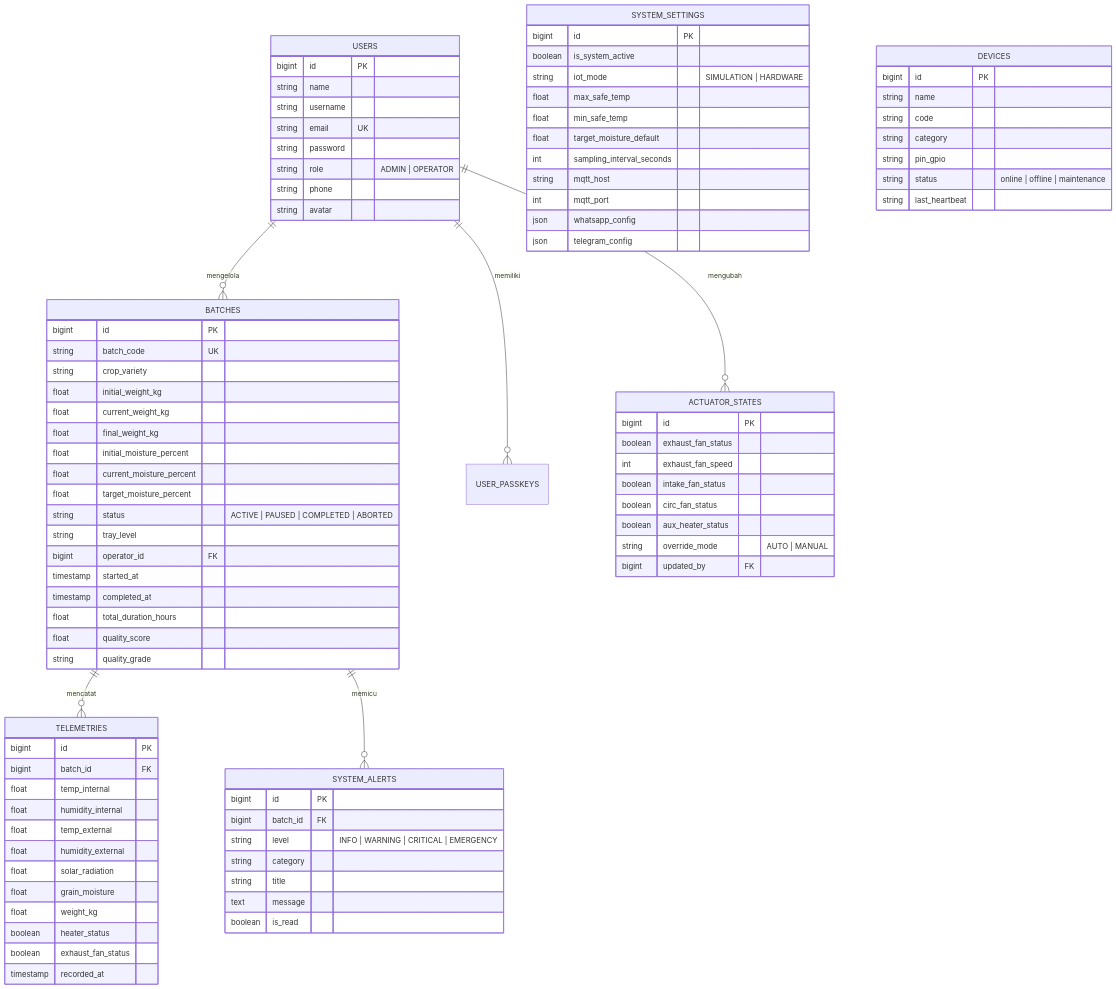
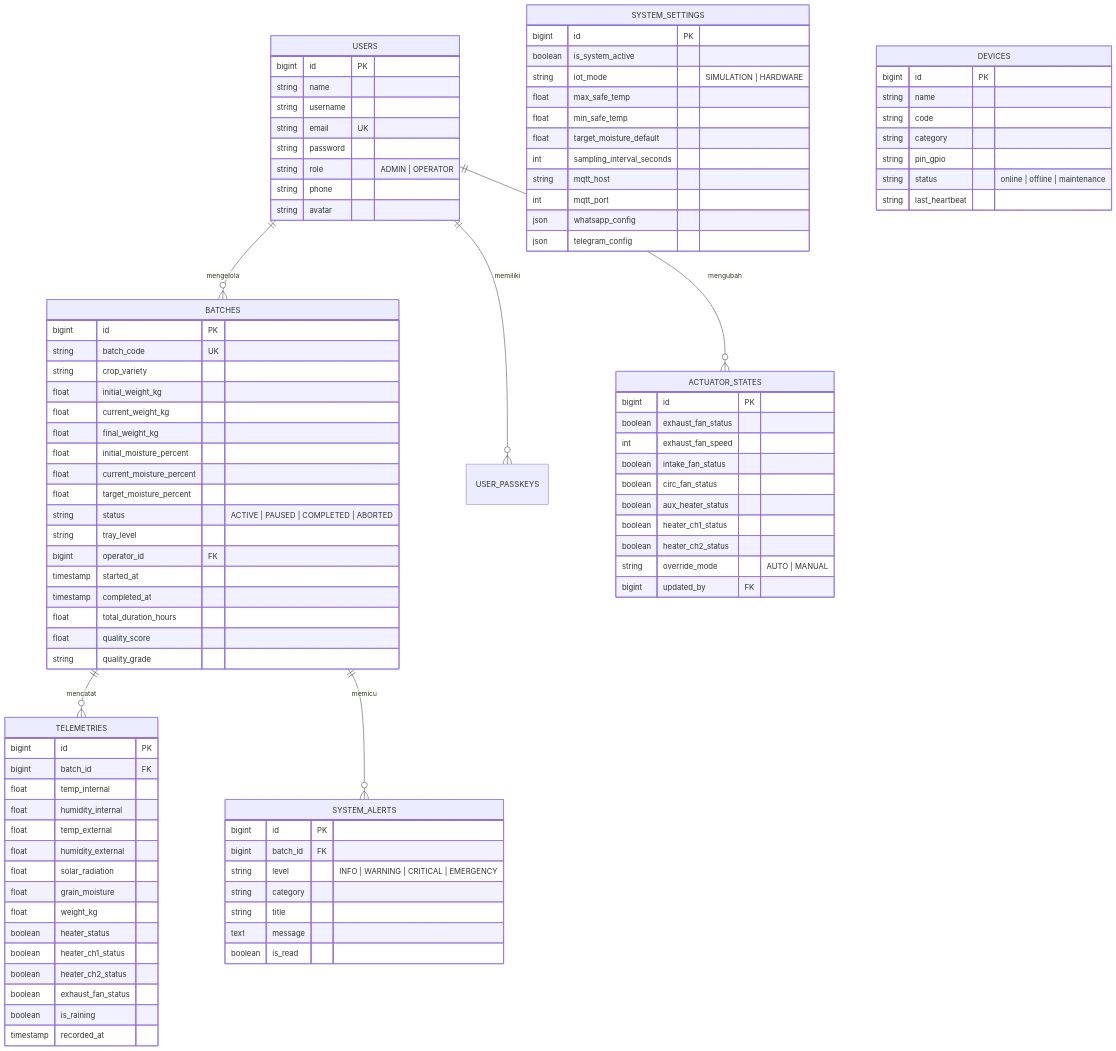
Before and after one commit to fatintsani/app-smart-dryer-hanjeli: the second of 2 diagrams in docs/DOKUMENTASI_SISTEM.md, drawn with Mermaid. The commit also changed other lines of this file and 7 other files, not shown here.

```diff
--- a/docs/DOKUMENTASI_SISTEM.md
+++ b/docs/DOKUMENTASI_SISTEM.md
@@ -336,7 +344,10 @@
         float grain_moisture
         float weight_kg
         boolean heater_status
+        boolean heater_ch1_status
+        boolean heater_ch2_status
         boolean exhaust_fan_status
+        boolean is_raining
         timestamp recorded_at
     }
 
@@ -347,6 +358,8 @@
         boolean intake_fan_status
         boolean circ_fan_status
         boolean aux_heater_status
+        boolean heater_ch1_status
+        boolean heater_ch2_status
         string override_mode "AUTO | MANUAL"
         bigint updated_by FK
     }
```
